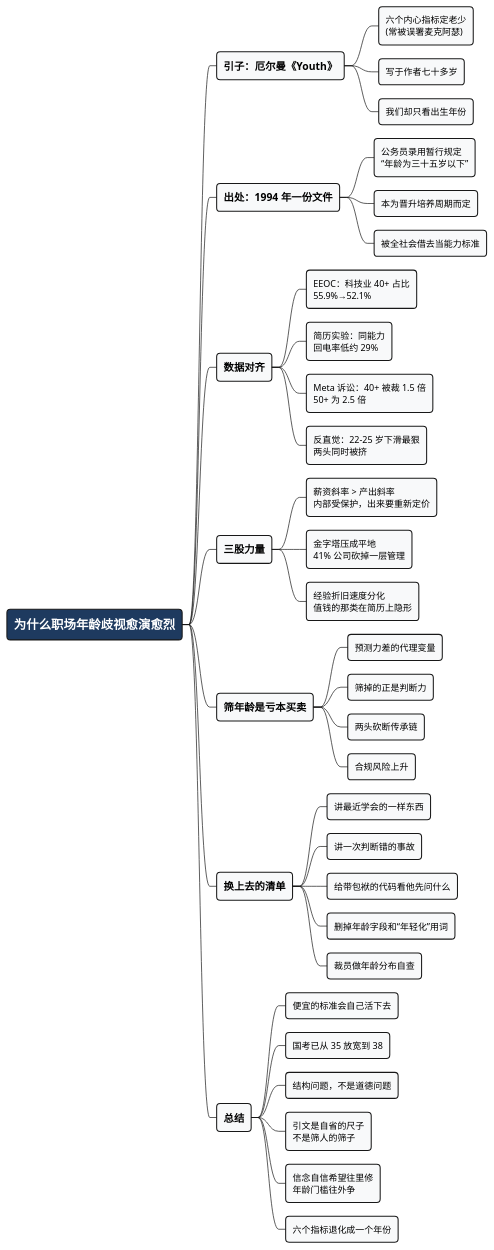
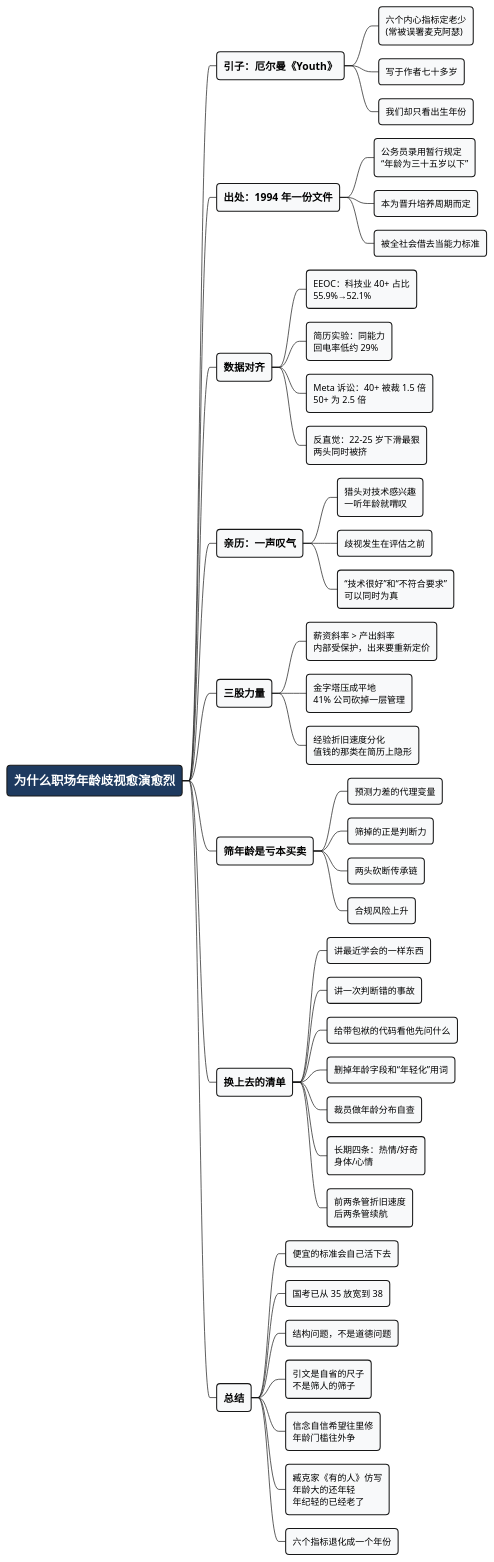
Before and after one commit to walterfan/walterfan.github.io: the diagram in images/journal_20260815_age_discrimination_mindmap.puml, drawn with PlantUML. The commit also changed 22 other files, not shown here.

```diff
--- a/images/journal_20260815_age_discrimination_mindmap.puml
+++ b/images/journal_20260815_age_discrimination_mindmap.puml
@@ -1,62 +1,69 @@
 @startmindmap
 <style>
 mindmapDiagram {
   node {
     BackgroundColor #F8F9FA
     RoundCorner 10
     Padding 10
     FontSize 13
   }
   :depth(0) {
     BackgroundColor #1E3A5F
     FontColor white
     FontSize 18
     FontStyle bold
   }
   :depth(1) {
     FontSize 15
     FontStyle bold
   }
   :depth(2) {
     FontSize 13
   }
 }
 </style>
 
 * 为什么职场年龄歧视愈演愈烈
 ** 引子：厄尔曼《Youth》
 *** 六个内心指标定老少\n(常被误署麦克阿瑟)
 *** 写于作者七十多岁
 *** 我们却只看出生年份
 ** 出处：1994 年一份文件
 *** 公务员录用暂行规定\n“年龄为三十五岁以下”
 *** 本为晋升培养周期而定
 *** 被全社会借去当能力标准
 ** 数据对齐
 *** EEOC：科技业 40+ 占比\n55.9%→52.1%
 *** 简历实验：同能力\n回电率低约 29%
 *** Meta 诉讼：40+ 被裁 1.5 倍\n50+ 为 2.5 倍
 *** 反直觉：22-25 岁下滑最狠\n两头同时被挤
+** 亲历：一声叹气
+*** 猎头对技术感兴趣\n一听年龄就喟叹
+*** 歧视发生在评估之前
+*** “技术很好”和“不符合要求”\n可以同时为真
 ** 三股力量
 *** 薪资斜率 > 产出斜率\n内部受保护，出来要重新定价
 *** 金字塔压成平地\n41% 公司砍掉一层管理
 *** 经验折旧速度分化\n值钱的那类在简历上隐形
 ** 筛年龄是亏本买卖
 *** 预测力差的代理变量
 *** 筛掉的正是判断力
 *** 两头砍断传承链
 *** 合规风险上升
 ** 换上去的清单
 *** 讲最近学会的一样东西
 *** 讲一次判断错的事故
 *** 给带包袱的代码看他先问什么
 *** 删掉年龄字段和“年轻化”用词
 *** 裁员做年龄分布自查
+*** 长期四条：热情/好奇\n身体/心情
+*** 前两条管折旧速度\n后两条管续航
 ** 总结
 *** 便宜的标准会自己活下去
 *** 国考已从 35 放宽到 38
 *** 结构问题，不是道德问题
 *** 引文是自省的尺子\n不是筛人的筛子
 *** 信念自信希望往里修\n年龄门槛往外争
+*** 臧克家《有的人》仿写\n年龄大的还年轻\n年纪轻的已经老了
 *** 六个指标退化成一个年份
 @endmindmap
```
